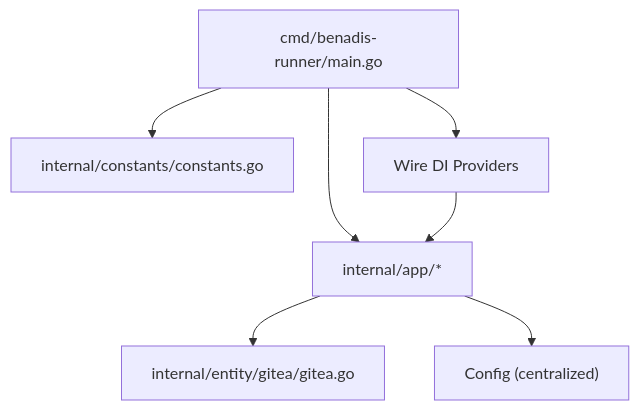
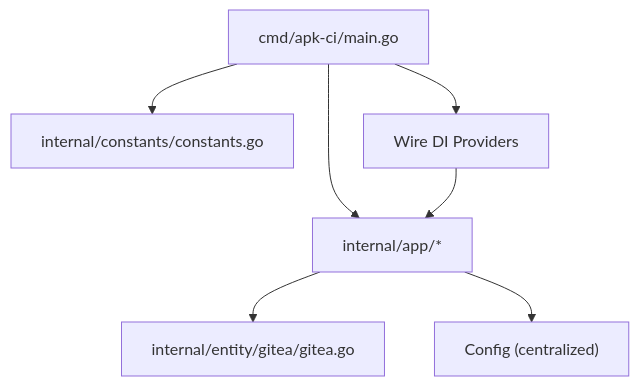
One commit to Kargones/apk-ci changed the second of 7 diagrams in .qoder/repowiki/en/content/Implementation Artifacts.md. Above: the diagram before and after it, drawn with Mermaid. The commit also changed other lines of this file and 189 other files, not shown here.

Commit message:
Замена benadis-runner на apk-ci.

````diff
--- a/.qoder/repowiki/en/content/Implementation Artifacts.md
+++ b/.qoder/repowiki/en/content/Implementation Artifacts.md
@@ -108,15 +108,15 @@
 ```mermaid
 graph TB
-Main["cmd/benadis-runner/main.go"]
+Main["cmd/apk-ci/main.go"]
 Consts["internal/constants/constants.go"]
 App["internal/app/*"]
 GiteaAPI["internal/entity/gitea/gitea.go"]
 Config["Config (centralized)"]
 Wire["Wire DI Providers"]
 Main --> Consts
 Main --> App
 App --> GiteaAPI
 App --> Config
 Main --> Wire
 Wire --> App
 ```
````
